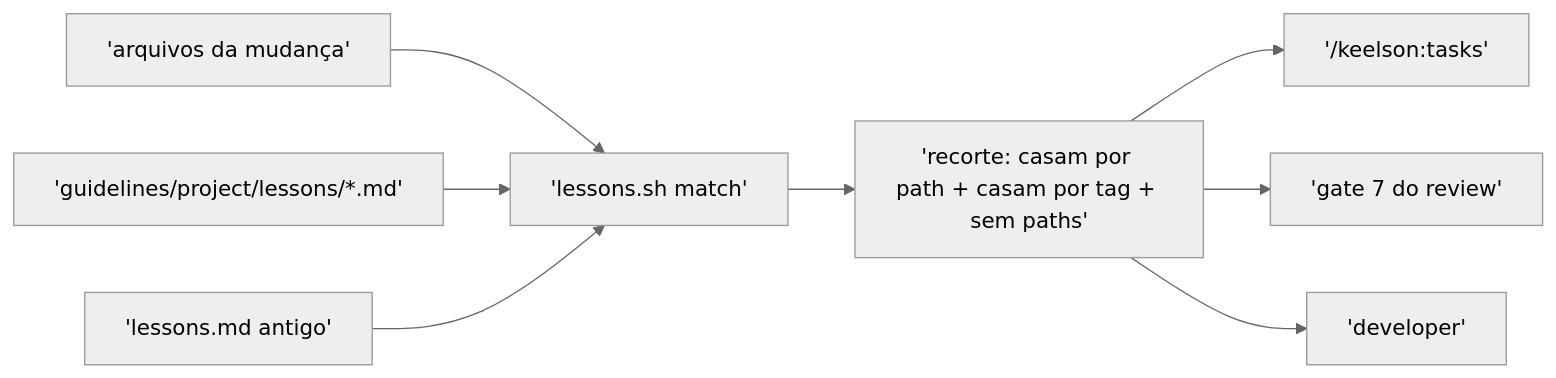
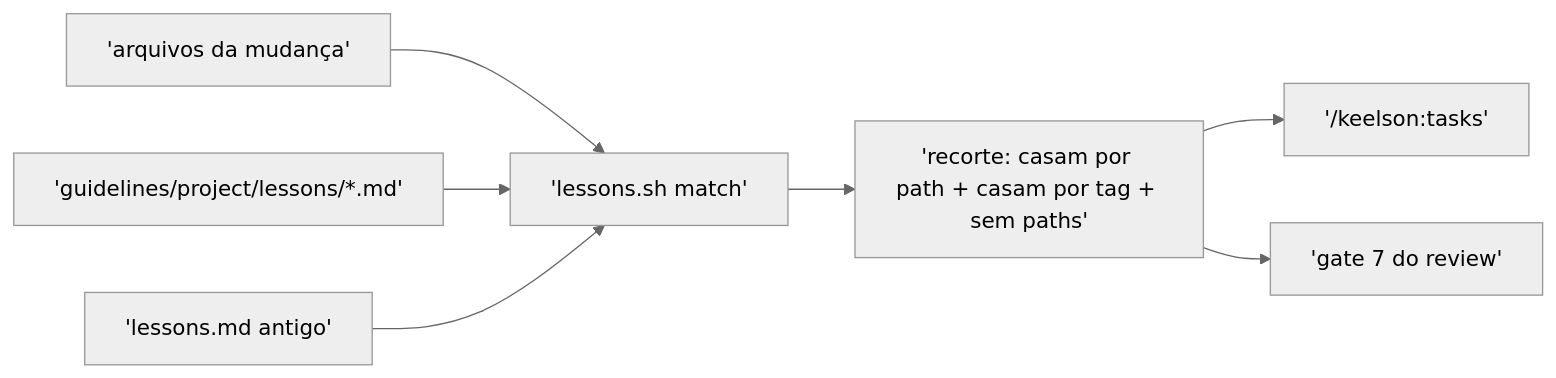
Before and after one commit to fernandopetry/keelson: the third of 3 diagrams in docs/wiki/Perguntas-frequentes.md, drawn with Mermaid (neutral theme). The commit also changed other lines of this file and 15 other files, not shown here.

````diff
--- a/docs/wiki/Perguntas-frequentes.md
+++ b/docs/wiki/Perguntas-frequentes.md
@@ -404,10 +405,9 @@
 ```mermaid
 flowchart LR
   D['arquivos da mudança'] --> M['lessons.sh match']
   A['guidelines/project/lessons/*.md'] --> M
   L['lessons.md antigo'] --> M
   M --> R['recorte: casam por path + casam por tag + sem paths']
   R --> T['/keelson:tasks']
   R --> G['gate 7 do review']
-  R --> V['developer']
 ```
````
